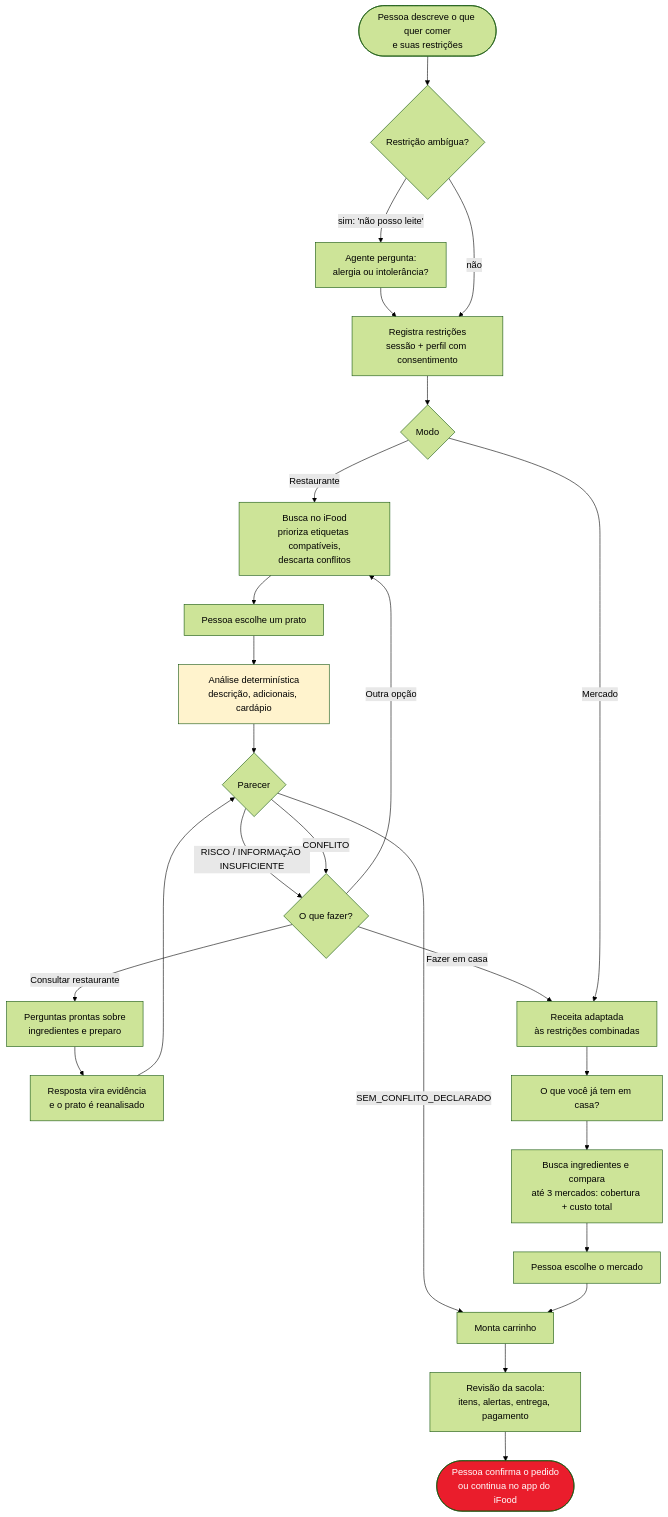
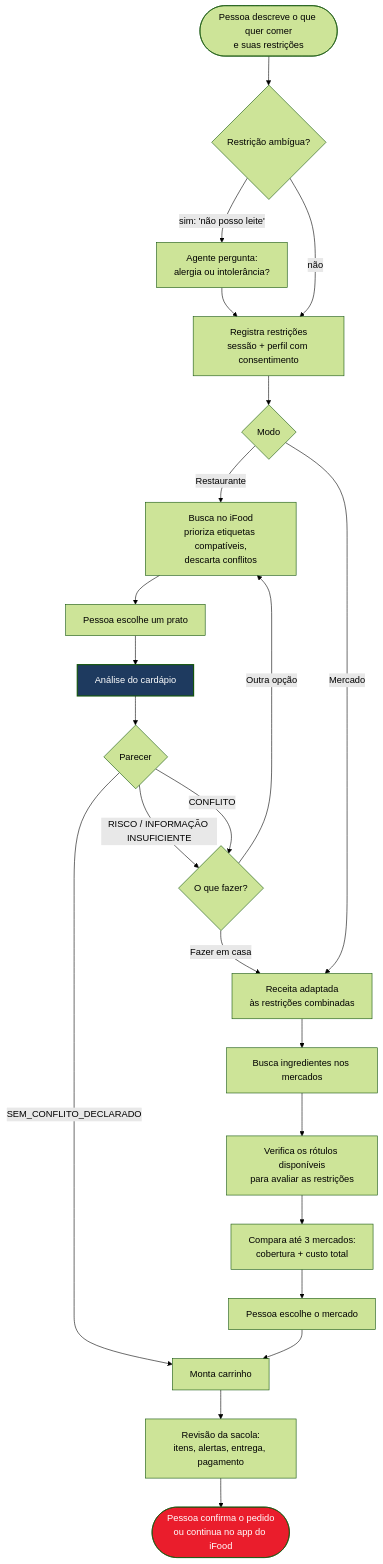
Before and after one commit to ginoventa/hackathon-ifood: the first of 3 diagrams in README.md, drawn with Mermaid (forest theme). The commit also changed other lines of this file, not shown here.

````diff
--- a/README.md
+++ b/README.md
@@ -85,29 +97,29 @@
 ```mermaid
 flowchart TD
     A([Pessoa descreve o que quer comer<br/>e suas restrições]) --> B{Restrição ambígua?}
     B -- "sim: 'não posso leite'" --> B1[Agente pergunta:<br/>alergia ou intolerância?] --> C
     B -- não --> C[Registra restrições<br/>sessão + perfil com consentimento]
 
     C --> M{Modo}
     M -- Restaurante --> R1[Busca no iFood<br/>prioriza etiquetas compatíveis,<br/>descarta conflitos]
     R1 --> R2[Pessoa escolhe um prato]
-    R2 --> R3[Análise determinística<br/>descrição, adicionais, cardápio]
+    R2 --> R3[Análise do cardápio]
     R3 --> V{Parecer}
     V -- SEM_CONFLITO_DECLARADO --> K[Monta carrinho]
     V -- "RISCO / INFORMAÇÃO INSUFICIENTE" --> D{O que fazer?}
     V -- CONFLITO --> D
-    D -- Consultar restaurante --> Q[Perguntas prontas sobre<br/>ingredientes e preparo] --> Q2[Resposta vira evidência<br/>e o prato é reanalisado] --> V
     D -- Outra opção --> R1
     D -- Fazer em casa --> H1
 
     M -- Mercado --> H1[Receita adaptada<br/>às restrições combinadas]
-    H1 --> H2[O que você já tem em casa?]
-    H2 --> H3[Busca ingredientes e compara<br/>até 3 mercados: cobertura + custo total]
-    H3 --> H4[Pessoa escolhe o mercado] --> K
+    H1 --> H3[Busca ingredientes nos mercados]
+    H3 --> L[Verifica os rótulos disponíveis<br/>para avaliar as restrições]
+    L --> H5[Compara até 3 mercados:<br/>cobertura + custo total]
+    H5 --> H4[Pessoa escolhe o mercado] --> K
 
     K --> CK[Revisão da sacola:<br/>itens, alertas, entrega, pagamento]
     CK --> OK([Pessoa confirma o pedido<br/>ou continua no app do iFood])
 
     style OK fill:#ea1d2c,color:#fff
-    style R3 fill:#fff3cd
+    style R3 fill:#1e3a5f,color:#fff,stroke-width:2px
 ```
````
